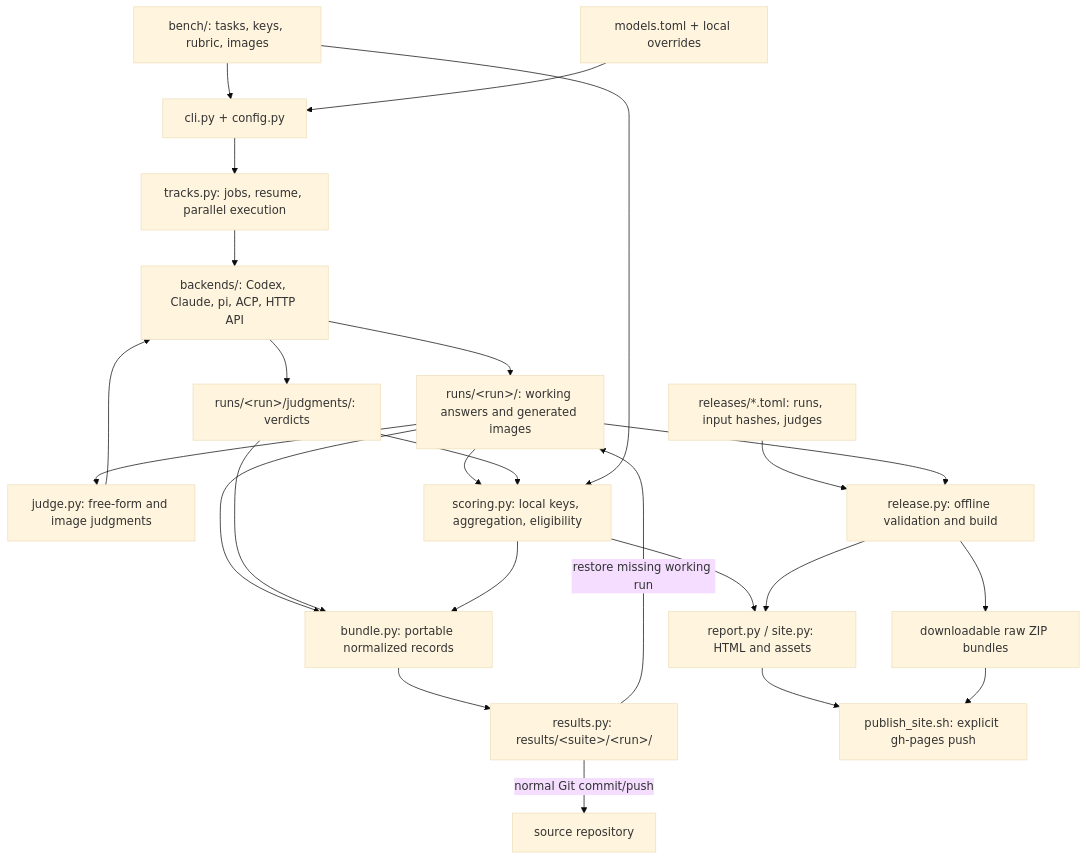
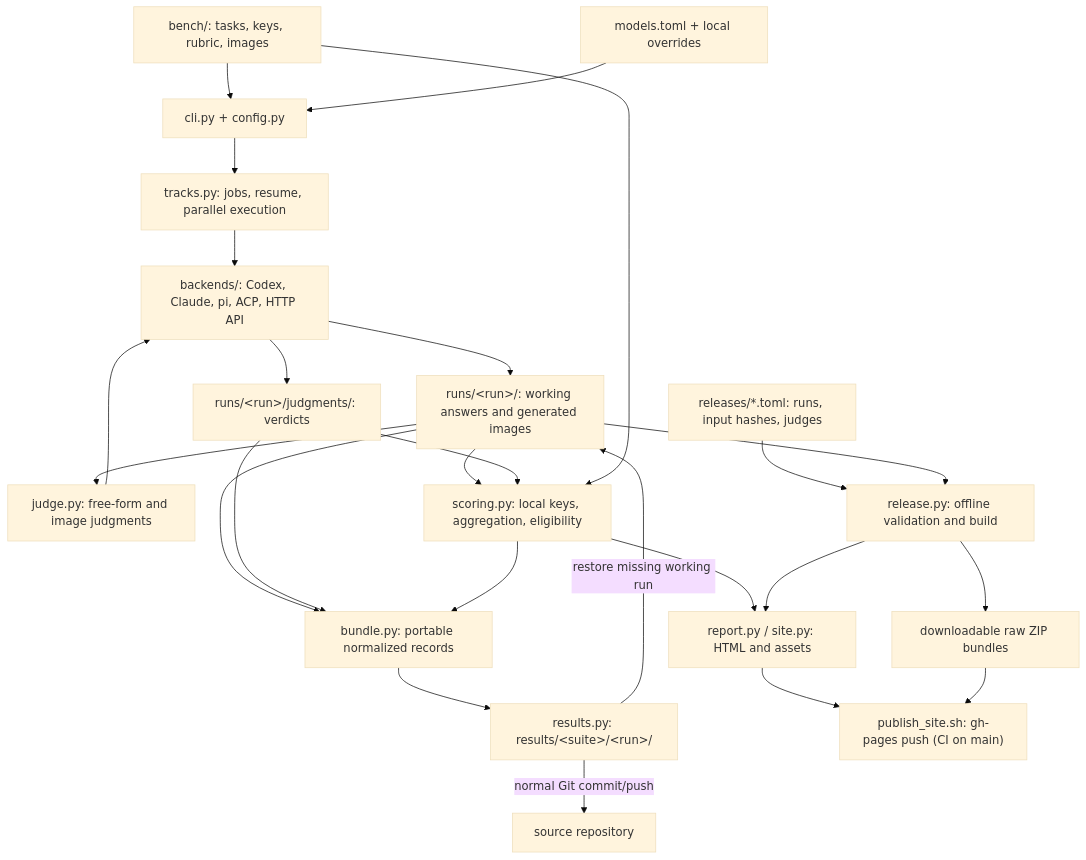
The diagram in docs/architecture.md (wusitee/nai-wai-bench), drawn with Mermaid (base theme) before and after one commit. The commit also changed other lines of this file and 6 other files, not shown here.

First line of the commit message:
Add CI that tests and publishes the site from main

````diff
--- a/docs/architecture.md
+++ b/docs/architecture.md
@@ -8,27 +8,27 @@
 ```mermaid
 flowchart TD
     D["bench/: tasks, keys, rubric, images"] --> C["cli.py + config.py"]
     M["models.toml + local overrides"] --> C
     C --> T["tracks.py: jobs, resume, parallel execution"]
     T --> B["backends/: Codex, Claude, pi, ACP, HTTP API"]
     B --> R["runs/&lt;run&gt;/: working answers and generated images"]
     R --> J["judge.py: free-form and image judgments"]
     J --> B
     B --> V["runs/&lt;run&gt;/judgments/: verdicts"]
     R --> S["scoring.py: local keys, aggregation, eligibility"]
     V --> S
     D --> S
     S --> P["report.py / site.py: HTML and assets"]
     R --> E["bundle.py: portable normalized records"]
     V --> E
     S --> E
     E --> G["results.py: results/&lt;suite&gt;/&lt;run&gt;/"]
     G -->|"restore missing working run"| R
     G -->|"normal Git commit/push"| O["source repository"]
     F["releases/*.toml: runs, input hashes, judges"] --> L["release.py: offline validation and build"]
     R --> L
     L --> P
     L --> Z["downloadable raw ZIP bundles"]
-    P --> H["publish_site.sh: explicit gh-pages push"]
+    P --> H["publish_site.sh: gh-pages push (CI on main)"]
     Z --> H
 ```
````
